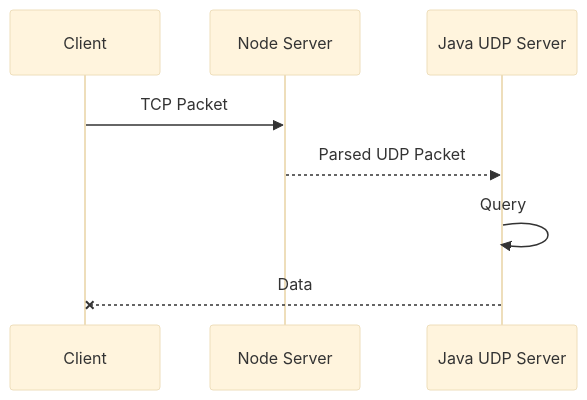
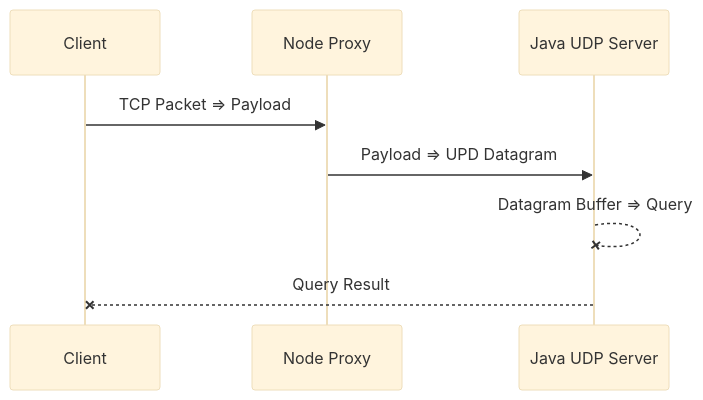
One commit to LJS360d/auctionsLab changed the first of 3 diagrams in SEQUENCEDIAGRAMS.md. Above: the diagram before and after it, drawn with Mermaid (base theme). The commit also changed other lines of this file and 10 other files, not shown here.

Commit message:
Added Interactive Loading Screen, cleaned up proxyServer Code, changed title in All pages

````diff
--- a/SEQUENCEDIAGRAMS.md
+++ b/SEQUENCEDIAGRAMS.md
@@ -3,7 +6,13 @@
 ```mermaid
+
 sequenceDiagram
-Client ->> Node Server: TCP Packet
-Node Server-->>Java UDP Server: Parsed UDP Packet
-Java UDP Server ->> Java UDP Server: Query
-Java UDP Server--x Client: Data
+
+Client ->> Node Proxy: TCP Packet => Payload
+
+Node Proxy ->>Java UDP Server: Payload => UPD Datagram
+
+Java UDP Server --x Java UDP Server: Datagram Buffer => Query
+
+Java UDP Server--x Client: Query Result
+
 ```
````
